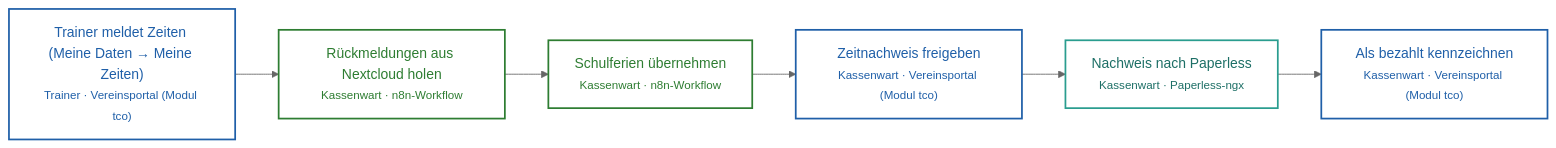
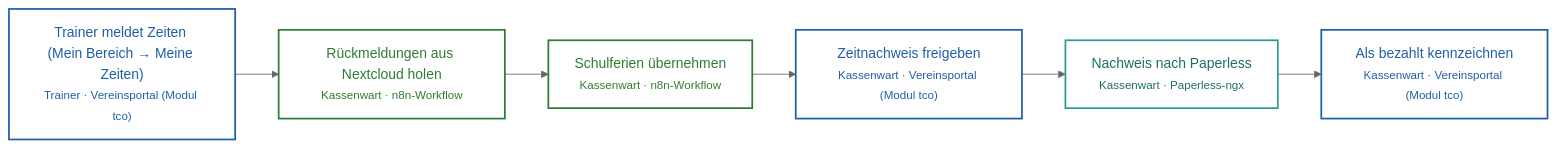
The fourth of 10 diagrams in docs/landschaft/level-2-prozesse.md (lautor80/Homeprojekt), drawn with Mermaid (neutral theme) before and after one commit. The commit also changed other lines of this file and 18 other files, not shown here.

First line of the commit message:
Meine Zeiten: eigene App in „Mein Bereich“ statt Reiter in „Meine Daten“

````diff
--- a/docs/landschaft/level-2-prozesse.md
+++ b/docs/landschaft/level-2-prozesse.md
@@ -129,18 +129,18 @@
 ```mermaid
 flowchart LR
-  S0["Trainer meldet Zeiten (Meine Daten → Meine Zeiten)<br/><small>Trainer · Vereinsportal (Modul tco)</small>"]:::portal
+  S0["Trainer meldet Zeiten (Mein Bereich → Meine Zeiten)<br/><small>Trainer · Vereinsportal (Modul tco)</small>"]:::portal
   S1["Rückmeldungen aus Nextcloud holen<br/><small>Kassenwart · n8n-Workflow</small>"]:::n8n
   S0 --> S1
   S2["Schulferien übernehmen<br/><small>Kassenwart · n8n-Workflow</small>"]:::n8n
   S1 --> S2
   S3["Zeitnachweis freigeben<br/><small>Kassenwart · Vereinsportal (Modul tco)</small>"]:::portal
   S2 --> S3
   S4["Nachweis nach Paperless<br/><small>Kassenwart · Paperless-ngx</small>"]:::extern
   S3 --> S4
   S5["Als bezahlt kennzeichnen<br/><small>Kassenwart · Vereinsportal (Modul tco)</small>"]:::portal
   S4 --> S5
   classDef portal fill:#ffffff,stroke:#1f5fa8,stroke-width:2px,color:#1f5fa8
   classDef n8n fill:#ffffff,stroke:#2e7d32,stroke-width:2px,color:#2e7d32
   classDef extern fill:#ffffff,stroke:#2a9d8f,stroke-width:2px,color:#1d6f66
   classDef person fill:#ffffff,stroke:#7f7f7f,stroke-width:2px,stroke-dasharray:4 3,color:#404040
 ```
````
